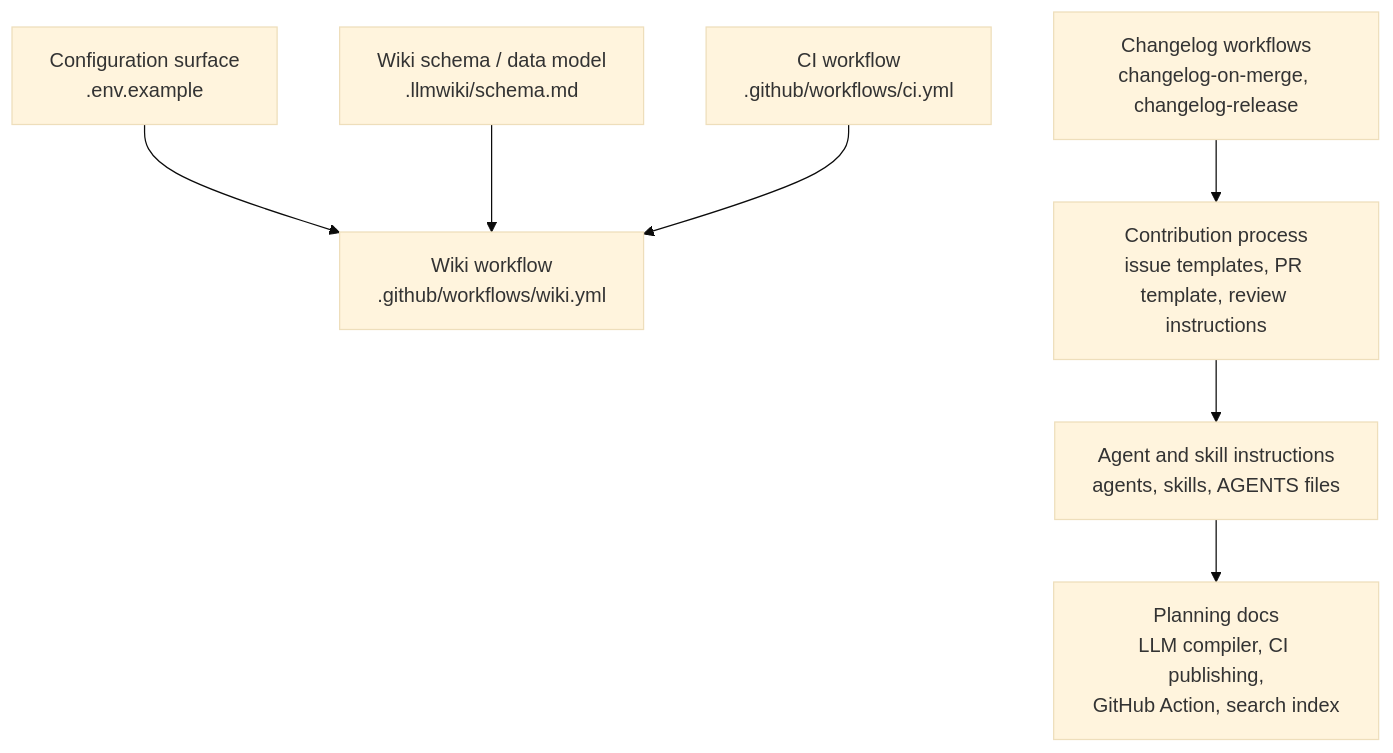
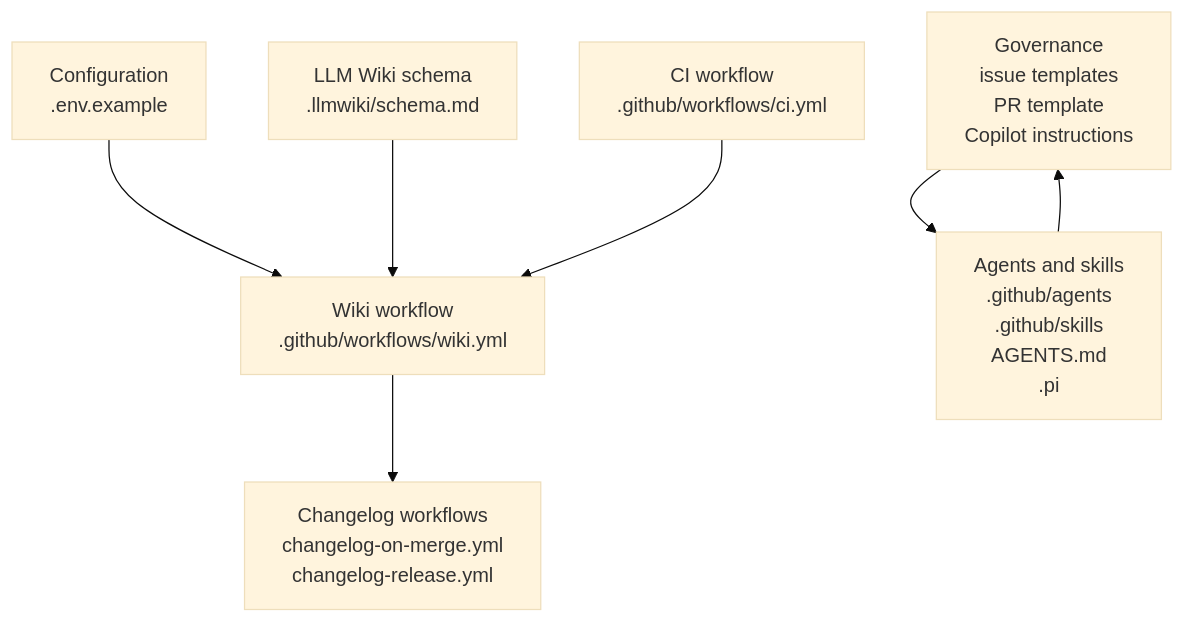
One commit to mfittko/repo-wiki changed the second of 4 diagrams in Architecture.md. Above: the diagram before and after it, drawn with Mermaid (base theme). The commit also changed other lines of this file and 44 other files, not shown here.

````diff
--- a/Architecture.md
+++ b/Architecture.md
@@ -157,18 +158,17 @@
 ```mermaid
 flowchart TB
-  Config["Configuration surface<br/>.env.example"]
-  Schema["Wiki schema / data model<br/>.llmwiki/schema.md"]
+  Config["Configuration<br/>.env.example"]
+  Schema["LLM Wiki schema<br/>.llmwiki/schema.md"]
   WikiWorkflow["Wiki workflow<br/>.github/workflows/wiki.yml"]
   CI["CI workflow<br/>.github/workflows/ci.yml"]
-  Changelog["Changelog workflows<br/>changelog-on-merge, changelog-release"]
-  Process["Contribution process<br/>issue templates, PR template, review instructions"]
-  Agents["Agent and skill instructions<br/>agents, skills, AGENTS files"]
-  DocsPlans["Planning docs<br/>LLM compiler, CI publishing,<br/>GitHub Action, search index"]
+  Changelog["Changelog workflows<br/>changelog-on-merge.yml<br/>changelog-release.yml"]
+  Governance["Governance<br/>issue templates<br/>PR template<br/>Copilot instructions"]
+  Agents["Agents and skills<br/>.github/agents<br/>.github/skills<br/>AGENTS.md<br/>.pi"]
 
   Config --> WikiWorkflow
   Schema --> WikiWorkflow
+  WikiWorkflow --> Changelog
+  Governance --> Agents
+  Agents --> Governance
   CI --> WikiWorkflow
-  Process --> Agents
-  Agents --> DocsPlans
-  Changelog --> Process
 ```
````
